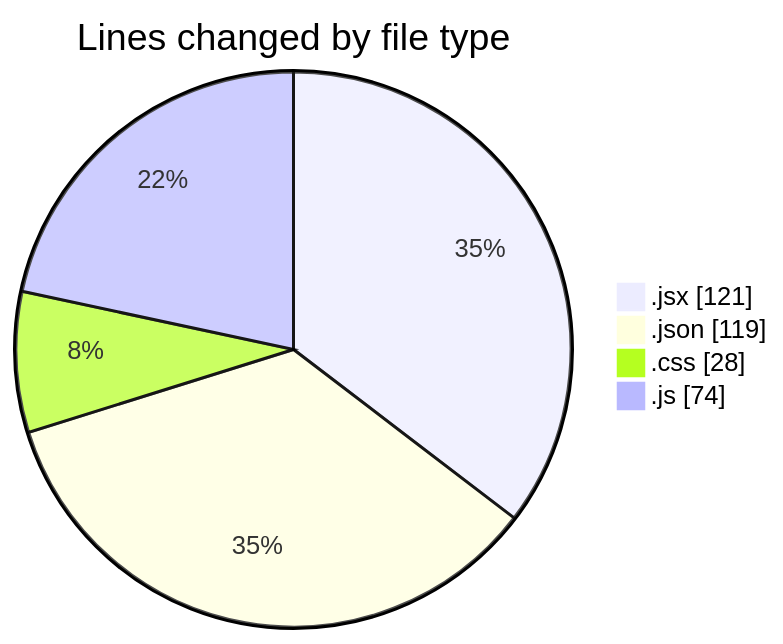
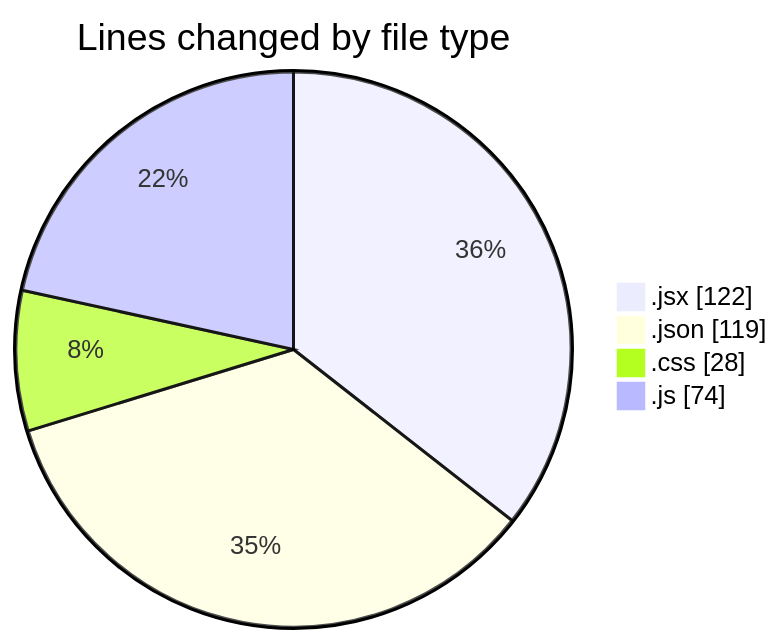
The first of 2 diagrams in 2025-01-24/react/README.md (Elitesun/code-tracking), drawn with Mermaid before and after one commit. The commit also changed other lines of this file and 1 other file, not shown here.

````diff
--- a/2025-01-24/react/README.md
+++ b/2025-01-24/react/README.md
@@ -28,8 +28,8 @@
 ```mermaid
 pie showData
 title Lines changed by file type
-".jsx" : 121
+".jsx" : 122
 ".json" : 119
 ".css" : 28
 ".js" : 74
 ```
````
